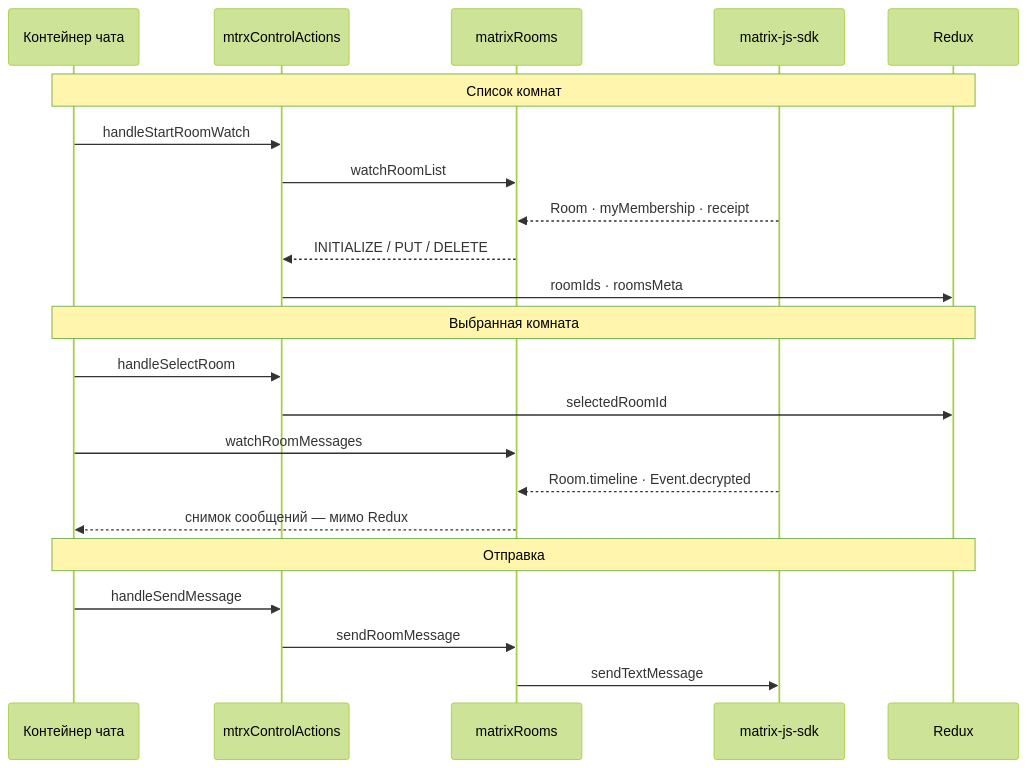
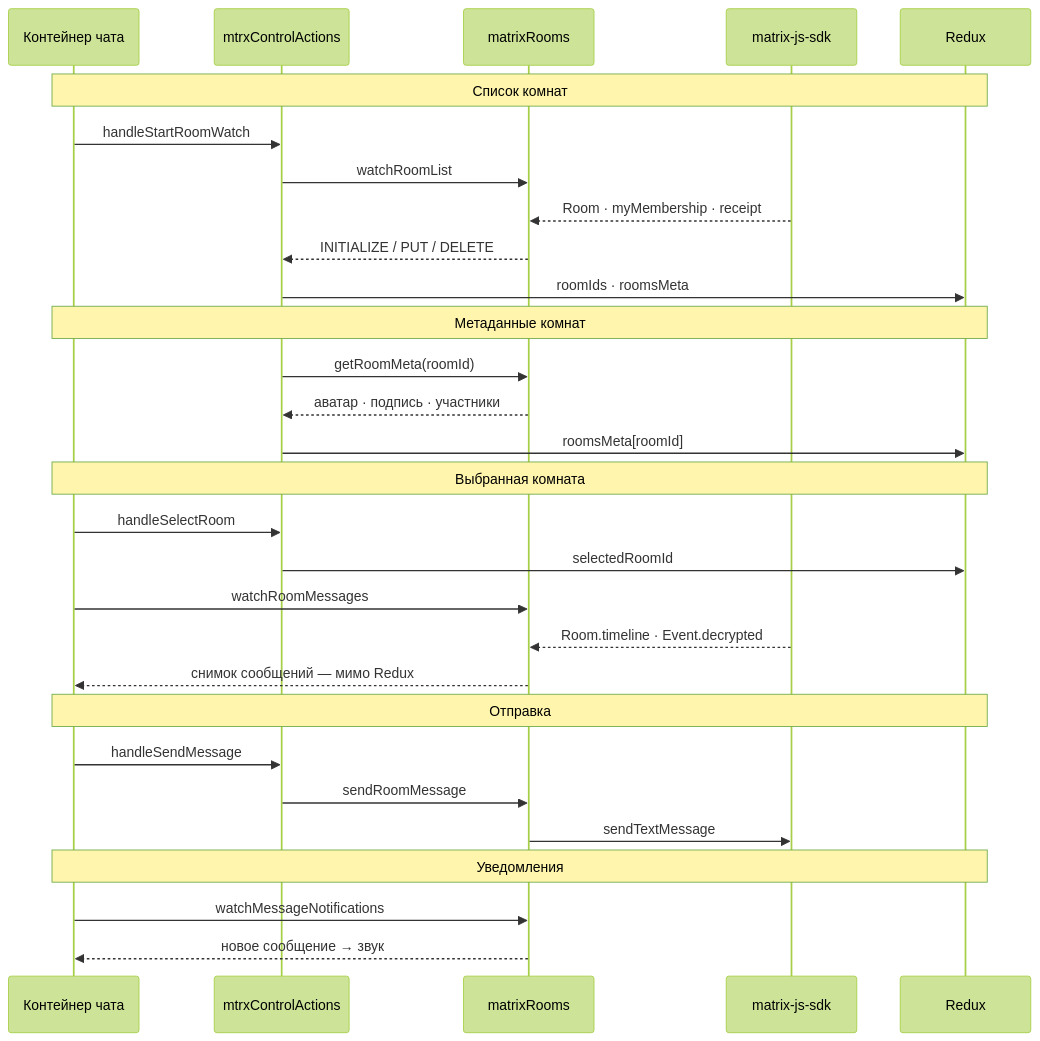
The third of 5 diagrams in docs/STATE.md (ars-anosov/matrix-react), drawn with Mermaid (forest theme) before and after one commit. The commit also changed other lines of this file and 18 other files, not shown here.

````diff
--- a/docs/STATE.md
+++ b/docs/STATE.md
@@ -114,24 +136,31 @@
 ```mermaid
 sequenceDiagram
   participant UI as Контейнер чата
   participant Act as mtrxControlActions
   participant R as matrixRooms
   participant SDK as matrix-js-sdk
   participant RX as Redux
   Note over UI,RX: Список комнат
   UI->>Act: handleStartRoomWatch
   Act->>R: watchRoomList
   SDK-->>R: Room · myMembership · receipt
   R-->>Act: INITIALIZE / PUT / DELETE
   Act->>RX: roomIds · roomsMeta
+  Note over UI,RX: Метаданные комнат
+  Act->>R: getRoomMeta(roomId)
+  R-->>Act: аватар · подпись · участники
+  Act->>RX: roomsMeta[roomId]
   Note over UI,RX: Выбранная комната
   UI->>Act: handleSelectRoom
   Act->>RX: selectedRoomId
   UI->>R: watchRoomMessages
   SDK-->>R: Room.timeline · Event.decrypted
   R-->>UI: снимок сообщений — мимо Redux
   Note over UI,RX: Отправка
   UI->>Act: handleSendMessage
   Act->>R: sendRoomMessage
   R->>SDK: sendTextMessage
+  Note over UI,RX: Уведомления
+  UI->>R: watchMessageNotifications
+  R-->>UI: новое сообщение → звук
 ```
````
